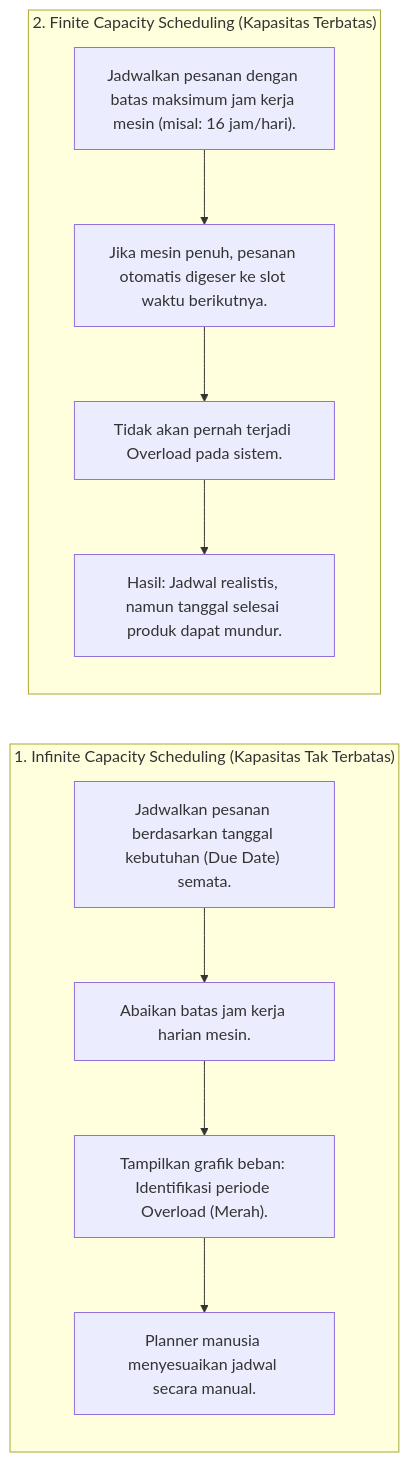
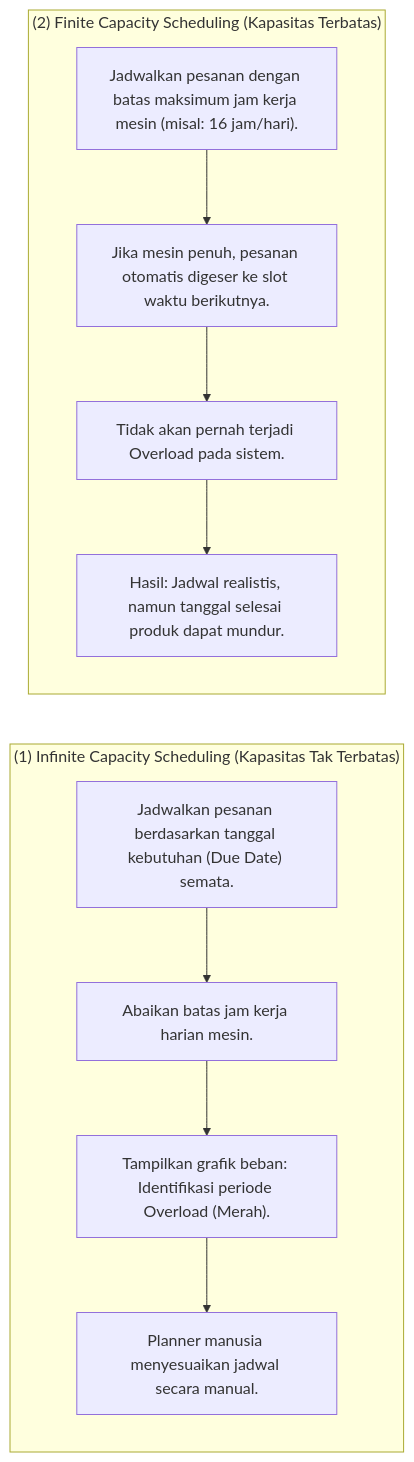
The second of 3 diagrams in content/06-manufacturing/capacity-planning-and-scheduling.md (alimurrofid/erp-notes), drawn with Mermaid before and after one commit. The commit also changed other lines of this file and 132 other files, not shown here.

````diff
--- a/content/06-manufacturing/capacity-planning-and-scheduling.md
+++ b/content/06-manufacturing/capacity-planning-and-scheduling.md
@@ -57,18 +57,18 @@
 ```mermaid
 flowchart LR
-    subgraph Infinite["1. Infinite Capacity Scheduling (Kapasitas Tak Terbatas)"]
+    subgraph Infinite["(1) Infinite Capacity Scheduling (Kapasitas Tak Terbatas)"]
         direction TB
         I1["Jadwalkan pesanan berdasarkan tanggal kebutuhan (Due Date) semata."]
         --> I2["Abaikan batas jam kerja harian mesin."]
         --> I3["Tampilkan grafik beban: Identifikasi periode Overload (Merah)."]
         --> I4["Planner manusia menyesuaikan jadwal secara manual."]
     end
 
-    subgraph Finite["2. Finite Capacity Scheduling (Kapasitas Terbatas)"]
+    subgraph Finite["(2) Finite Capacity Scheduling (Kapasitas Terbatas)"]
         direction TB
         F1["Jadwalkan pesanan dengan batas maksimum jam kerja mesin (misal: 16 jam/hari)."]
         --> F2["Jika mesin penuh, pesanan otomatis digeser ke slot waktu berikutnya."]
         --> F3["Tidak akan pernah terjadi Overload pada sistem."]
         --> F4["Hasil: Jadwal realistis, namun tanggal selesai produk dapat mundur."]
     end
 ```
````
